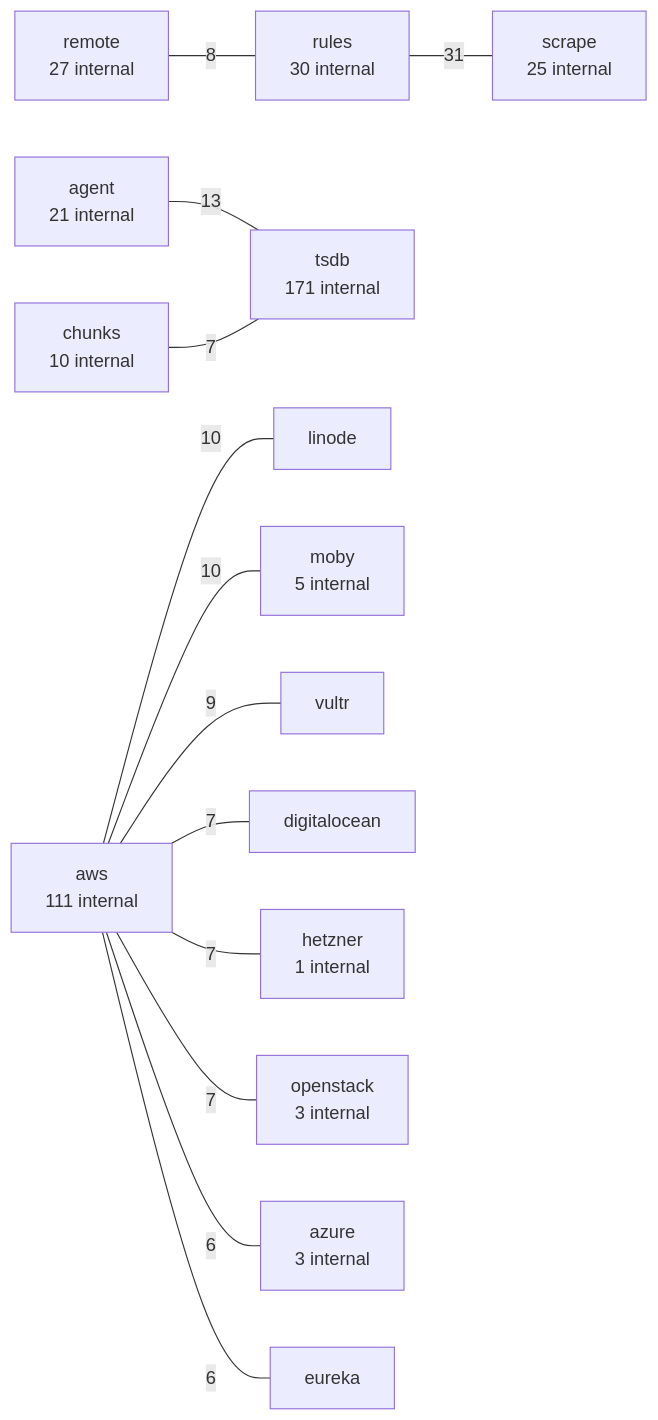
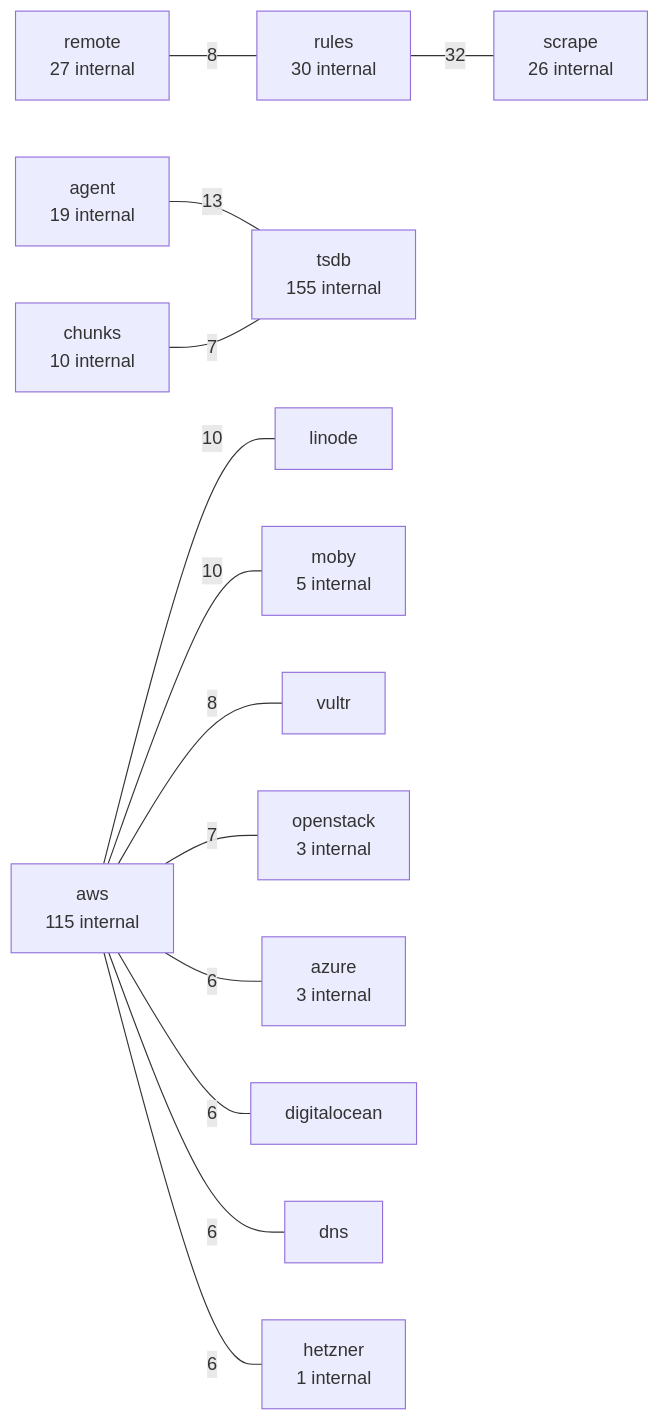
One commit to LukasSelin/doppel changed the second of 6 diagrams in examples/prometheus.md. Above: the diagram before and after it, drawn with Mermaid. The commit also changed other lines of this file and 6 other files, not shown here.

````diff
--- a/examples/prometheus.md
+++ b/examples/prometheus.md
@@ -124,30 +124,30 @@
 ```mermaid
 flowchart LR
     p0["rules<br/>30 internal"]
-    p1["scrape<br/>25 internal"]
-    p0 ---|"31"| p1
-    p2["agent<br/>21 internal"]
-    p3["tsdb<br/>171 internal"]
+    p1["scrape<br/>26 internal"]
+    p0 ---|"32"| p1
+    p2["agent<br/>19 internal"]
+    p3["tsdb<br/>155 internal"]
     p2 ---|"13"| p3
-    p4["aws<br/>111 internal"]
+    p4["aws<br/>115 internal"]
     p5["linode"]
     p4 ---|"10"| p5
     p6["moby<br/>5 internal"]
     p4 ---|"10"| p6
     p7["vultr"]
-    p4 ---|"9"| p7
+    p4 ---|"8"| p7
     p8["remote<br/>27 internal"]
     p8 ---|"8"| p0
-    p9["digitalocean"]
+    p9["openstack<br/>3 internal"]
     p4 ---|"7"| p9
-    p10["hetzner<br/>1 internal"]
-    p4 ---|"7"| p10
-    p11["openstack<br/>3 internal"]
-    p4 ---|"7"| p11
-    p12["chunks<br/>10 internal"]
-    p12 ---|"7"| p3
-    p13["azure<br/>3 internal"]
+    p10["chunks<br/>10 internal"]
+    p10 ---|"7"| p3
+    p11["azure<br/>3 internal"]
+    p4 ---|"6"| p11
+    p12["digitalocean"]
+    p4 ---|"6"| p12
+    p13["dns"]
     p4 ---|"6"| p13
-    p14["eureka"]
+    p14["hetzner<br/>1 internal"]
     p4 ---|"6"| p14
 ```
````
